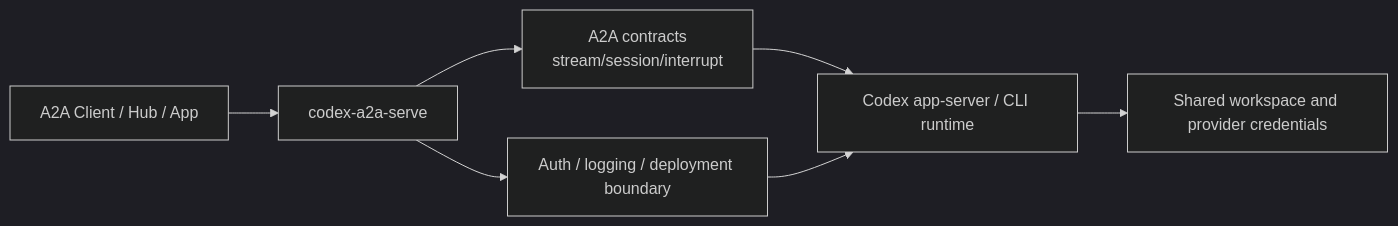
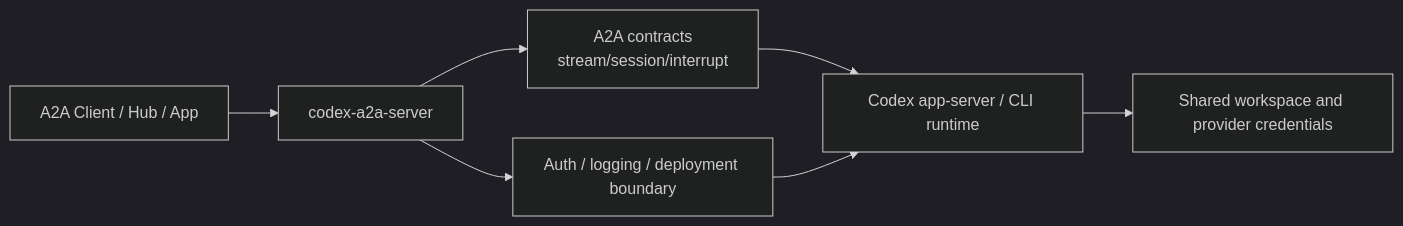
The diagram in docs/architecture.md (liujuanjuan1984/codex-a2a-server), drawn with Mermaid (dark theme) before and after one commit. The commit also changed other lines of this file and 44 other files, not shown here.

Commit message:
refactor: rename codex a2a service surfaces to server #48 #50 #54

````diff
--- a/docs/architecture.md
+++ b/docs/architecture.md
@@ -26,9 +26,9 @@
 ```mermaid
 flowchart LR
-    Client["A2A Client / Hub / App"] --> Gateway["codex-a2a-serve"]
+    Client["A2A Client / Hub / App"] --> Gateway["codex-a2a-server"]
     Gateway --> Contracts["A2A contracts\nstream/session/interrupt"]
     Gateway --> Ops["Auth / logging / deployment boundary"]
     Contracts --> Codex["Codex app-server / CLI runtime"]
     Ops --> Codex
     Codex --> Workspace["Shared workspace and provider credentials"]
 ```
````
